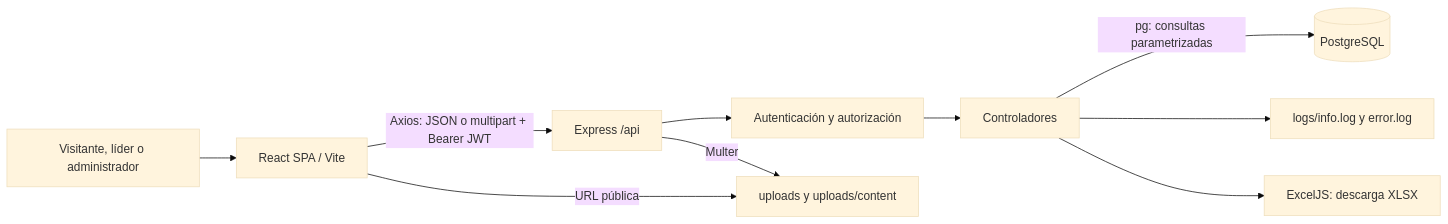
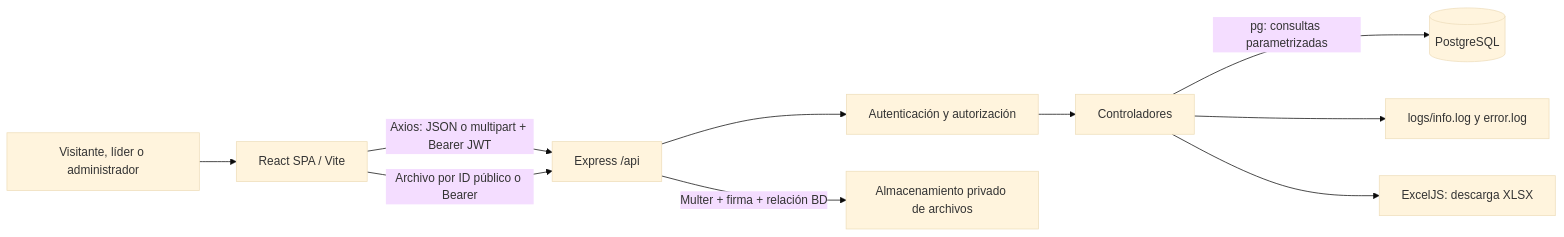
One commit to oscarprada/ecoamigos-web changed the first of 2 diagrams in docs/02-ARQUITECTURA.md. Above: the diagram before and after it, drawn with Mermaid (base theme). The commit also changed other lines of this file and 37 other files, not shown here.

````diff
--- a/docs/02-ARQUITECTURA.md
+++ b/docs/02-ARQUITECTURA.md
@@ -7,12 +7,12 @@
 ```mermaid
 flowchart LR
   U[Visitante, líder o administrador] --> F[React SPA / Vite]
   F -->|Axios: JSON o multipart + Bearer JWT| B[Express /api]
   B --> A[Autenticación y autorización]
   A --> C[Controladores]
   C -->|pg: consultas parametrizadas| D[(PostgreSQL)]
-  B -->|Multer| UP[uploads y uploads/content]
-  F -->|URL pública| UP
+  B -->|Multer + firma + relación BD| UP[Almacenamiento privado de archivos]
+  F -->|Archivo por ID público o Bearer| B
   C --> L[logs/info.log y error.log]
   C --> X[ExcelJS: descarga XLSX]
 ```
````
